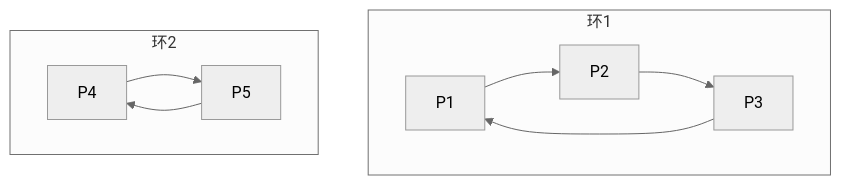
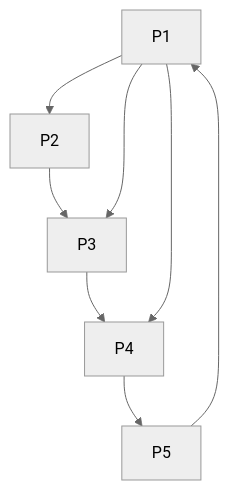
The eighth of 14 diagrams in Resource/思考题.md (EmptyBlueBox/Operating_Systems-2025Spring-PKU), drawn with Mermaid (neutral theme) before and after one commit. The commit also changed other lines of this file and 22 other files, not shown here.

````diff
--- a/Resource/思考题.md
+++ b/Resource/思考题.md
@@ -895,9 +793,6 @@
-    ```mermaid
-    graph TD
-        subgraph 环1
-          P1 --> P2 --> P3 --> P1;
-        end
-        subgraph 环2
-          P4 --> P5 --> P4;
-        end
-    ```
+```mermaid
+graph TD
+    P1 --> P2 --> P3 --> P4 --> P5 --> P1
+    P1 --> P3
+    P1 --> P4
+```
````
